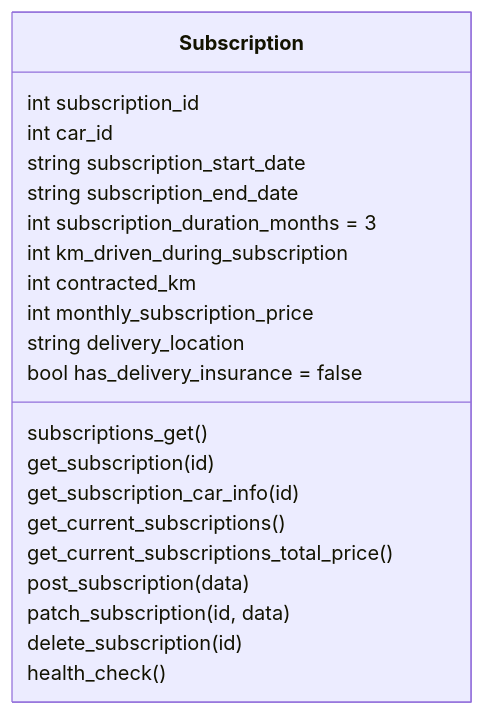
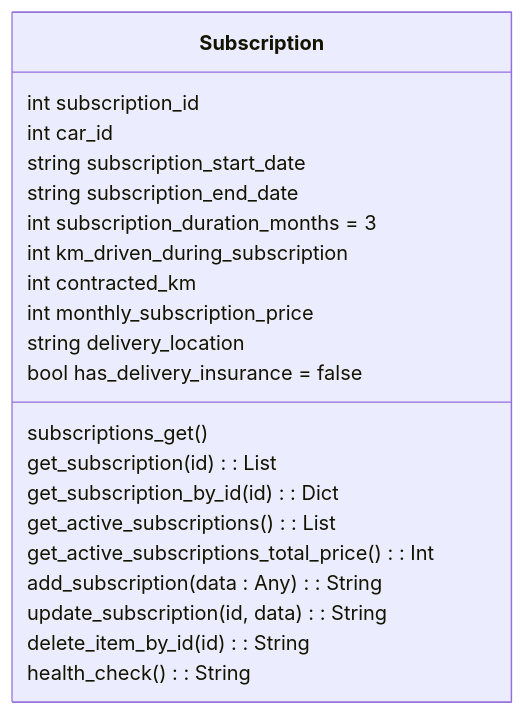
The diagram in README.md (Bilabonnement-eksamensopgave-2024/abonnement-microservice), drawn with Mermaid before and after one commit.

````diff
--- a/README.md
+++ b/README.md
@@ -32,24 +32,24 @@
 ```mermaid
 classDiagram
     class Subscription {
         int subscription_id
         int car_id
         string subscription_start_date
         string subscription_end_date
         int subscription_duration_months = 3
         int km_driven_during_subscription
         int contracted_km
         int monthly_subscription_price
         string delivery_location
         bool has_delivery_insurance = false
         subscriptions_get()
-        get_subscription(id)
-        get_subscription_car_info(id)
-        get_current_subscriptions()
-        get_current_subscriptions_total_price()
-        post_subscription(data)
-        patch_subscription(id, data)
-        delete_subscription(id)
-        health_check()
+        get_subscription(id) : List
+        get_subscription_by_id(id) : Dict
+        get_active_subscriptions() : List
+        get_active_subscriptions_total_price() : Int
+        add_subscription(data : Any): String
+        update_subscription(id, data) : String
+        delete_item_by_id(id) : String
+        health_check() : String
     }
 ```
````
